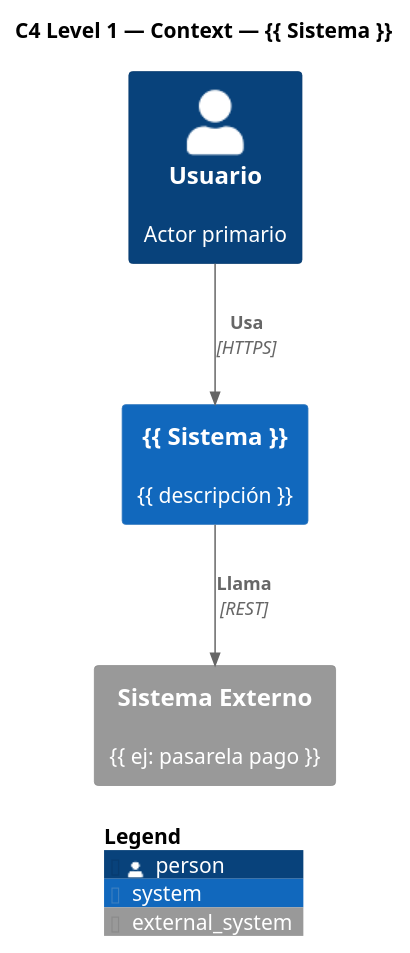
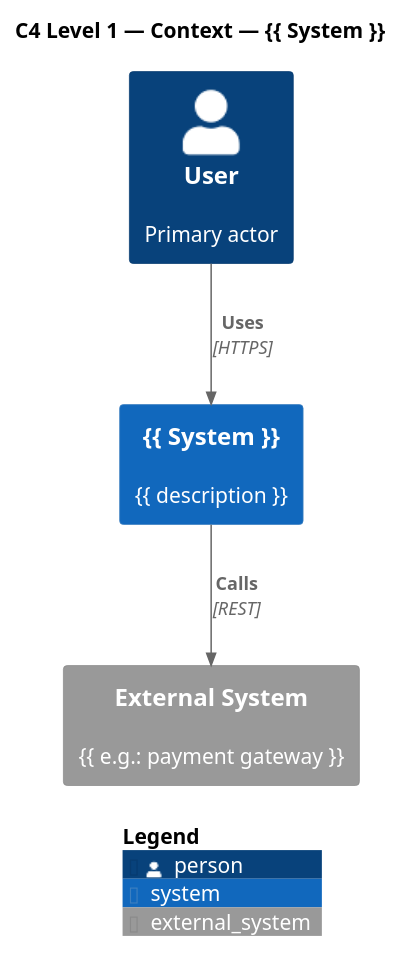
The diagram in templates/c4.puml (estebanmatias92/ooad-workflow), drawn with PlantUML before and after one commit. The commit also changed 31 other files, not shown here.

```diff
--- a/templates/c4.puml
+++ b/templates/c4.puml
@@ -1,14 +1,14 @@
-@startuml C4-Context — {{ Sistema }}
+@startuml C4-Context — {{ System }}
 !include https://raw.githubusercontent.com/plantuml-stdlib/C4-PlantUML/master/C4_Context.puml
 
-title C4 Level 1 — Context — {{ Sistema }}
+title C4 Level 1 — Context — {{ System }}
 
-Person(usuario, "Usuario", "Actor primario")
-System(sistema, "{{ Sistema }}", "{{ descripción }}")
-System_Ext(ext, "Sistema Externo", "{{ ej: pasarela pago }}")
+Person(user, "User", "Primary actor")
+System(system, "{{ System }}", "{{ description }}")
+System_Ext(ext, "External System", "{{ e.g.: payment gateway }}")
 
-Rel(usuario, sistema, "Usa", "HTTPS")
-Rel(sistema, ext, "Llama", "REST")
+Rel(user, system, "Uses", "HTTPS")
+Rel(system, ext, "Calls", "REST")
 
 SHOW_LEGEND()
 @enduml
```
